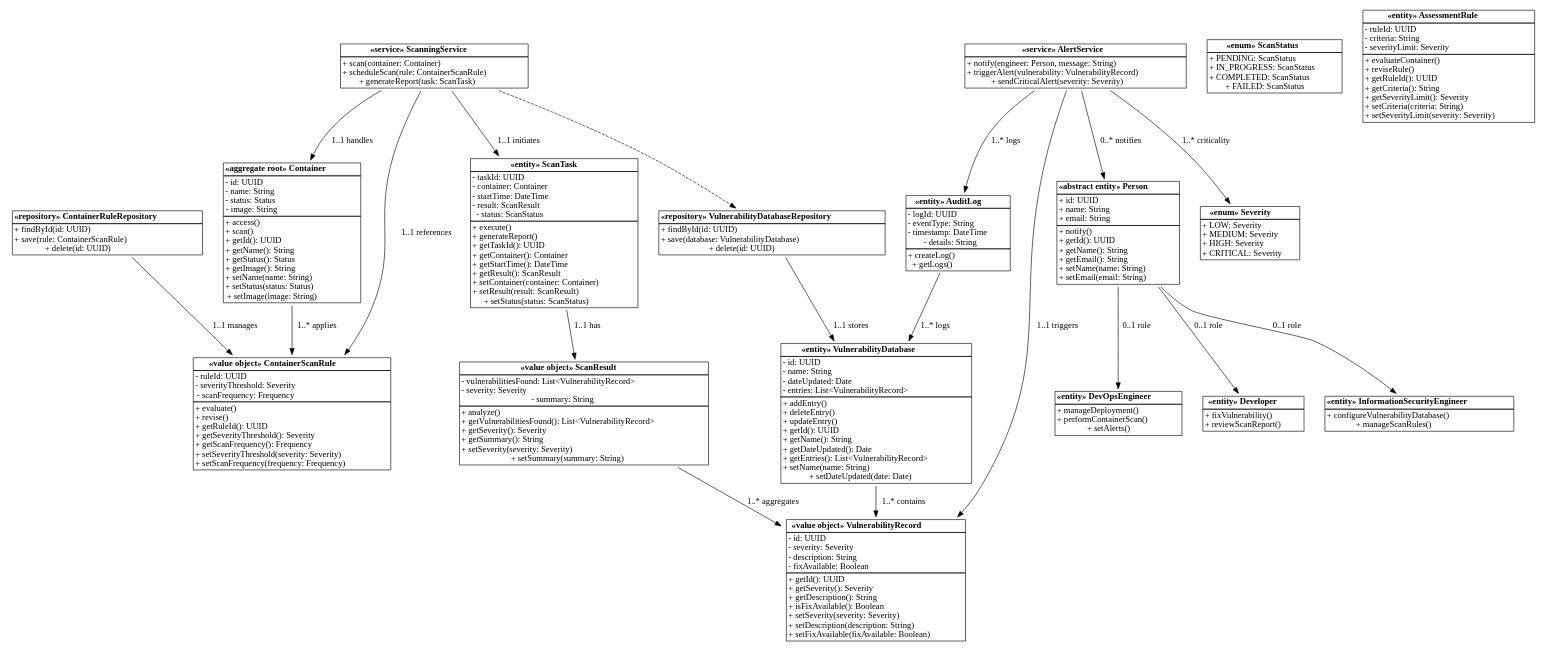
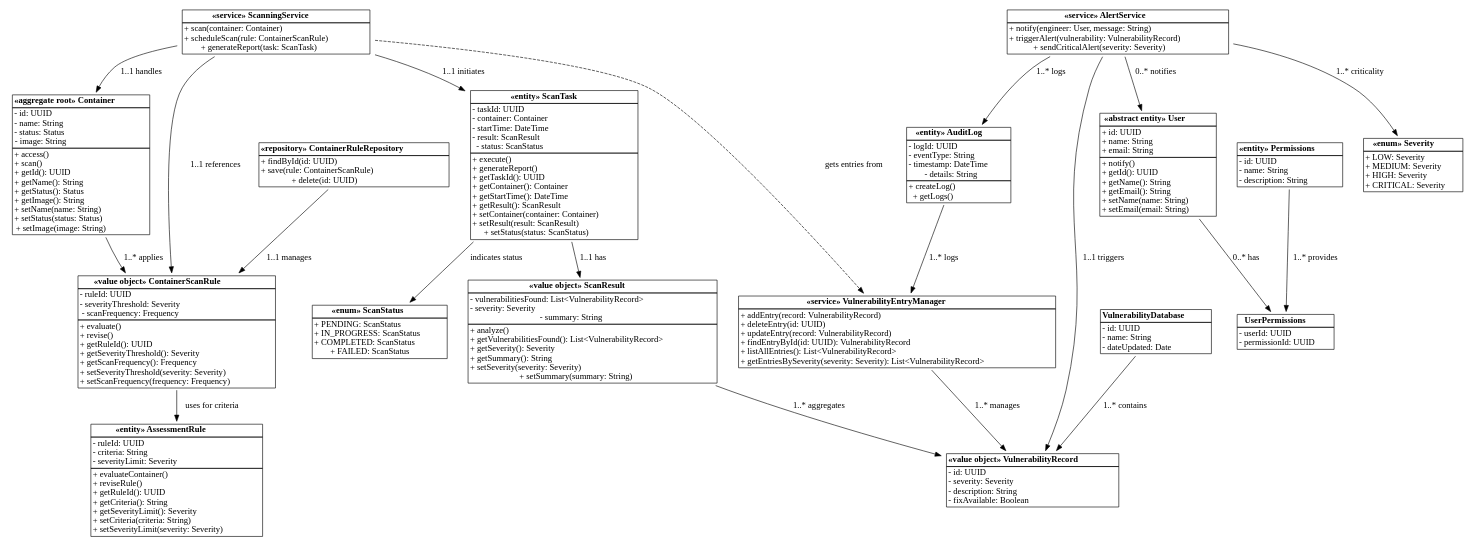
The diagram in Class Model/Class Model.gv (xpjllk38324/Container-Security-Scanning-Service), drawn with Graphviz before and after one commit. The commit also changed 12 other files, not shown here.

```diff
--- a/Class Model/Class Model.gv
+++ b/Class Model/Class Model.gv
@@ -1,160 +1,172 @@
 digraph DDD_Class_Model {
   node [shape=plaintext];
 
 
-  VulnerabilityDatabase [label=<
-    <table border="0" cellborder="1" cellspacing="0">
-      <tr><td><b>«entity» VulnerabilityDatabase</b></td></tr>
-      <tr><td align="left">- id: UUID<br align="left"/>- name: String<br align="left"/>- dateUpdated: Date<br align="left"/>- entries: List&lt;VulnerabilityRecord&gt;</td></tr>
-      <tr><td border="1" align="left">+ addEntry()<br align="left"/>+ deleteEntry()<br align="left"/>+ updateEntry()<br align="left"/>+ getId(): UUID<br align="left"/>+ getName(): String<br align="left"/>+ getDateUpdated(): Date<br align="left"/>+ getEntries(): List&lt;VulnerabilityRecord&gt;<br align="left"/>+ setName(name: String)<br align="left"/>+ setDateUpdated(date: Date)</td></tr>
-    </table>>];
 
-  // Value Object: VulnerabilityRecord
-  VulnerabilityRecord [label=<
-    <table border="0" cellborder="1" cellspacing="0">
-      <tr><td><b>«value object» VulnerabilityRecord</b></td></tr>
-      <tr><td align="left">- id: UUID<br align="left"/>- severity: Severity<br align="left"/>- description: String<br align="left"/>- fixAvailable: Boolean</td></tr>
-      <tr><td border="1" align="left">+ getId(): UUID<br align="left"/>+ getSeverity(): Severity<br align="left"/>+ getDescription(): String<br align="left"/>+ isFixAvailable(): Boolean<br align="left"/>+ setSeverity(severity: Severity)<br align="left"/>+ setDescription(description: String)<br align="left"/>+ setFixAvailable(fixAvailable: Boolean)</td></tr>
-    </table>>];
+
 
 
   Container [label=<
     <table border="0" cellborder="1" cellspacing="0">
       <tr><td><b>«aggregate root» Container</b></td></tr>
       <tr><td align="left">- id: UUID<br align="left"/>- name: String<br align="left"/>- status: Status<br align="left"/>- image: String</td></tr>
       <tr><td border="1" align="left">+ access()<br align="left"/>+ scan()<br align="left"/>+ getId(): UUID<br align="left"/>+ getName(): String<br align="left"/>+ getStatus(): Status<br align="left"/>+ getImage(): String<br align="left"/>+ setName(name: String)<br align="left"/>+ setStatus(status: Status)<br align="left"/>+ setImage(image: String)</td></tr>
     </table>>];
 
 
   ContainerScanRule [label=<
     <table border="0" cellborder="1" cellspacing="0">
       <tr><td><b>«value object» ContainerScanRule</b></td></tr>
       <tr><td align="left">- ruleId: UUID<br align="left"/>- severityThreshold: Severity<br align="left"/>- scanFrequency: Frequency</td></tr>
       <tr><td border="1" align="left">+ evaluate()<br align="left"/>+ revise()<br align="left"/>+ getRuleId(): UUID<br align="left"/>+ getSeverityThreshold(): Severity<br align="left"/>+ getScanFrequency(): Frequency<br align="left"/>+ setSeverityThreshold(severity: Severity)<br align="left"/>+ setScanFrequency(frequency: Frequency)</td></tr>
     </table>>];
 
 
   ScanTask [label=<
     <table border="0" cellborder="1" cellspacing="0">
       <tr><td><b>«entity» ScanTask</b></td></tr>
       <tr><td align="left">- taskId: UUID<br align="left"/>- container: Container<br align="left"/>- startTime: DateTime<br align="left"/>- result: ScanResult<br align="left"/>- status: ScanStatus</td></tr>
       <tr><td border="1" align="left">+ execute()<br align="left"/>+ generateReport()<br align="left"/>+ getTaskId(): UUID<br align="left"/>+ getContainer(): Container<br align="left"/>+ getStartTime(): DateTime<br align="left"/>+ getResult(): ScanResult<br align="left"/>+ setContainer(container: Container)<br align="left"/>+ setResult(result: ScanResult)<br align="left"/>+ setStatus(status: ScanStatus)</td></tr>
     </table>>];
 
 
   ScanStatus [label=<
     <table border="0" cellborder="1" cellspacing="0">
       <tr><td><b>«enum» ScanStatus</b></td></tr>
       <tr><td align="left">+ PENDING: ScanStatus<br align="left"/>+ IN_PROGRESS: ScanStatus<br align="left"/>+ COMPLETED: ScanStatus<br align="left"/>+ FAILED: ScanStatus</td></tr>
     </table>>];
 
   // Value Object: ScanResult
   ScanResult [label=<
     <table border="0" cellborder="1" cellspacing="0">
       <tr><td><b>«value object» ScanResult</b></td></tr>
       <tr><td align="left">- vulnerabilitiesFound: List&lt;VulnerabilityRecord&gt;<br align="left"/>- severity: Severity<br align="left"/>- summary: String</td></tr>
       <tr><td border="1" align="left">+ analyze()<br align="left"/>+ getVulnerabilitiesFound(): List&lt;VulnerabilityRecord&gt;<br align="left"/>+ getSeverity(): Severity<br align="left"/>+ getSummary(): String<br align="left"/>+ setSeverity(severity: Severity)<br align="left"/>+ setSummary(summary: String)</td></tr>
     </table>>];
 
 
   AssessmentRule [label=<
     <table border="0" cellborder="1" cellspacing="0">
       <tr><td><b>«entity» AssessmentRule</b></td></tr>
       <tr><td align="left">- ruleId: UUID<br align="left"/>- criteria: String<br align="left"/>- severityLimit: Severity</td></tr>
       <tr><td border="1" align="left">+ evaluateContainer()<br align="left"/>+ reviseRule()<br align="left"/>+ getRuleId(): UUID<br align="left"/>+ getCriteria(): String<br align="left"/>+ getSeverityLimit(): Severity<br align="left"/>+ setCriteria(criteria: String)<br align="left"/>+ setSeverityLimit(severity: Severity)</td></tr>
     </table>>];
 
 
   ScanningService [label=<
     <table border="0" cellborder="1" cellspacing="0">
       <tr><td><b>«service» ScanningService</b></td></tr>
       <tr><td align="left">+ scan(container: Container)<br align="left"/>+ scheduleScan(rule: ContainerScanRule)<br align="left"/>+ generateReport(task: ScanTask)</td></tr>
     </table>>];
-
-
-  AlertService [label=<
+    
+    AlertService [label=<
     <table border="0" cellborder="1" cellspacing="0">
       <tr><td><b>«service» AlertService</b></td></tr>
-      <tr><td align="left">+ notify(engineer: Person, message: String)<br align="left"/>+ triggerAlert(vulnerability: VulnerabilityRecord)<br align="left"/>+ sendCriticalAlert(severity: Severity)</td></tr>
+      <tr><td align="left">+ notify(engineer: User, message: String)<br align="left"/>+ triggerAlert(vulnerability: VulnerabilityRecord)<br align="left"/>+ sendCriticalAlert(severity: Severity)</td></tr>
     </table>>];
 
 
   AuditLog [label=<
     <table border="0" cellborder="1" cellspacing="0">
       <tr><td><b>«entity» AuditLog</b></td></tr>
       <tr><td align="left">- logId: UUID<br align="left"/>- eventType: String<br align="left"/>- timestamp: DateTime<br align="left"/>- details: String</td></tr>
       <tr><td border="1" align="left">+ createLog()<br align="left"/>+ getLogs()</td></tr>
     </table>>];
 
 
-  VulnerabilityDatabaseRepository [label=<
-    <table border="0" cellborder="1" cellspacing="0">
-      <tr><td><b>«repository» VulnerabilityDatabaseRepository</b></td></tr>
-      <tr><td align="left">+ findById(id: UUID)<br align="left"/>+ save(database: VulnerabilityDatabase)<br align="left"/>+ delete(id: UUID)</td></tr>
-    </table>>];
-
 
   ContainerRuleRepository [label=<
     <table border="0" cellborder="1" cellspacing="0">
       <tr><td><b>«repository» ContainerRuleRepository</b></td></tr>
       <tr><td align="left">+ findById(id: UUID)<br align="left"/>+ save(rule: ContainerScanRule)<br align="left"/>+ delete(id: UUID)</td></tr>
     </table>>];
 
-  // Abstract Class: Person
-  Person [label=<
+  // Abstract Class: User
+  User [label=<
     <table border="0" cellborder="1" cellspacing="0">
-      <tr><td><b>«abstract entity» Person</b></td></tr>
+      <tr><td><b>«abstract entity» User</b></td></tr>
       <tr><td align="left">+ id: UUID<br align="left"/>+ name: String<br align="left"/>+ email: String</td></tr>
       <tr><td border="1" align="left">+ notify()<br align="left"/>+ getId(): UUID<br align="left"/>+ getName(): String<br align="left"/>+ getEmail(): String<br align="left"/>+ setName(name: String)<br align="left"/>+ setEmail(email: String)</td></tr>
     </table>>];
 
-  // Subclass: InformationSecurityEngineer
-  InformationSecurityEngineer [label=<
-    <table border="0" cellborder="1" cellspacing="0">
-      <tr><td><b>«entity» InformationSecurityEngineer</b></td></tr>
-      <tr><td align="left">+ configureVulnerabilityDatabase()<br align="left"/>+ manageScanRules()</td></tr>
-    </table>>];
-
-  // Subclass: DevOpsEngineer
-  DevOpsEngineer [label=<
-    <table border="0" cellborder="1" cellspacing="0">
-      <tr><td><b>«entity» DevOpsEngineer</b></td></tr>
-      <tr><td align="left">+ manageDeployment()<br align="left"/>+ performContainerScan()<br align="left"/>+ setAlerts()</td></tr>
-    </table>>];
-
-
-  Developer [label=<
-    <table border="0" cellborder="1" cellspacing="0">
-      <tr><td><b>«entity» Developer</b></td></tr>
-      <tr><td align="left">+ fixVulnerability()<br align="left"/>+ reviewScanReport()</td></tr>
-    </table>>];
 
 
   Severity [label=<
     <table border="0" cellborder="1" cellspacing="0">
       <tr><td><b>«enum» Severity</b></td></tr>
       <tr><td align="left">+ LOW: Severity<br align="left"/>+ MEDIUM: Severity<br align="left"/>+ HIGH: Severity<br align="left"/>+ CRITICAL: Severity</td></tr>
     </table>>];
 
 
+    // Class: Permissions
+    Permissions [label=<
+      <table border="0" cellborder="1" cellspacing="0">
+        <tr><td><b>«entity» Permissions</b></td></tr>
+        <tr><td align="left">- id: UUID<br align="left"/>- name: String<br align="left"/>- description: String</td></tr>
+      </table>>];
+    
+    // Relationship table: UserPermissions
+    UserPermissions [label=<
+      <table border="0" cellborder="1" cellspacing="0">
+        <tr><td><b>UserPermissions</b></td></tr>
+        <tr><td align="left">- userId: UUID<br align="left"/>- permissionId: UUID</td></tr>
+      </table>>];
+    
+    User -> UserPermissions [label="0..* has"];
+    Permissions -> UserPermissions [label="1..* provides"];
+    
+
+
+  // Simplified VulnerabilityDatabase class
+  VulnerabilityDatabase [label=<
+    <table border="0" cellborder="1" cellspacing="0">
+      <tr><td><b>VulnerabilityDatabase</b></td></tr>
+      <tr><td align="left">- id: UUID<br align="left"/>- name: String<br align="left"/>- dateUpdated: Date</td></tr>
+    </table>>];
+
+  // VulnerabilityRecord represents individual entries
+  VulnerabilityRecord [label=<
+    <table border="0" cellborder="1" cellspacing="0">
+      <tr><td><b>«value object» VulnerabilityRecord</b></td></tr>
+      <tr><td align="left">- id: UUID<br align="left"/>- severity: Severity<br align="left"/>- description: String<br align="left"/>- fixAvailable: Boolean</td></tr>
+    </table>>];
+
+  // New class for managing VulnerabilityRecord entries
+  VulnerabilityEntryManager [label=<
+    <table border="0" cellborder="1" cellspacing="0">
+      <tr><td><b>«service» VulnerabilityEntryManager</b></td></tr>
+      <tr><td align="left">+ addEntry(record: VulnerabilityRecord)<br align="left"/>+ deleteEntry(id: UUID)<br align="left"/>+ updateEntry(record: VulnerabilityRecord)<br align="left"/>+ findEntryById(id: UUID): VulnerabilityRecord<br align="left"/>+ listAllEntries(): List&lt;VulnerabilityRecord&gt;<br align="left"/>+ getEntriesBySeverity(severity: Severity): List&lt;VulnerabilityRecord&gt;</td></tr>
+    </table>>];
+    
+    // Relationships
   VulnerabilityDatabase -> VulnerabilityRecord [label="1..* contains" arrowtail=odiamond];
+  VulnerabilityEntryManager -> VulnerabilityRecord [label="1..* manages" arrowtail=odiamond];
+
+
+
+    
+
+
   ScanResult -> VulnerabilityRecord [label="1..* aggregates" arrowtail=odiamond];
   Container -> ContainerScanRule [label="1..* applies" arrowtail=odiamond];
   ScanTask -> ScanResult [label="1..1 has"];
   ScanningService -> Container [label="1..1 handles"];
   ScanningService -> ScanTask [label="1..1 initiates"];
   ScanningService -> ContainerScanRule [label="1..1 references"];
   AlertService -> VulnerabilityRecord [label="1..1 triggers"];
-  AlertService -> Person [label="0..* notifies"];
+  AlertService -> User [label="0..* notifies"];
   AlertService -> Severity [label="1..* criticality"];
-  VulnerabilityDatabaseRepository -> VulnerabilityDatabase [label="1..1 stores"];
+  
   ContainerRuleRepository -> ContainerScanRule [label="1..1 manages"];
-  Person -> InformationSecurityEngineer [label="0..1 role"];
-  Person -> DevOpsEngineer [label="0..1 role"];
-  Person -> Developer [label="0..1 role"];
+  ScanningService -> VulnerabilityEntryManager [label="gets entries from" style=dashed];  
+
   
 
-  AuditLog -> VulnerabilityDatabase [label="1..* logs"];
-  ScanningService -> VulnerabilityDatabaseRepository [style=dashed];
+  AuditLog -> VulnerabilityEntryManager [label="1..* logs"];
   AlertService -> AuditLog [label="1..* logs"];
+  ContainerScanRule -> AssessmentRule [label="uses for criteria" arrowtail=odiamond];
+  
+  ScanTask -> ScanStatus [label="indicates status" arrowtail=odiamond];
+
+
 }
```
